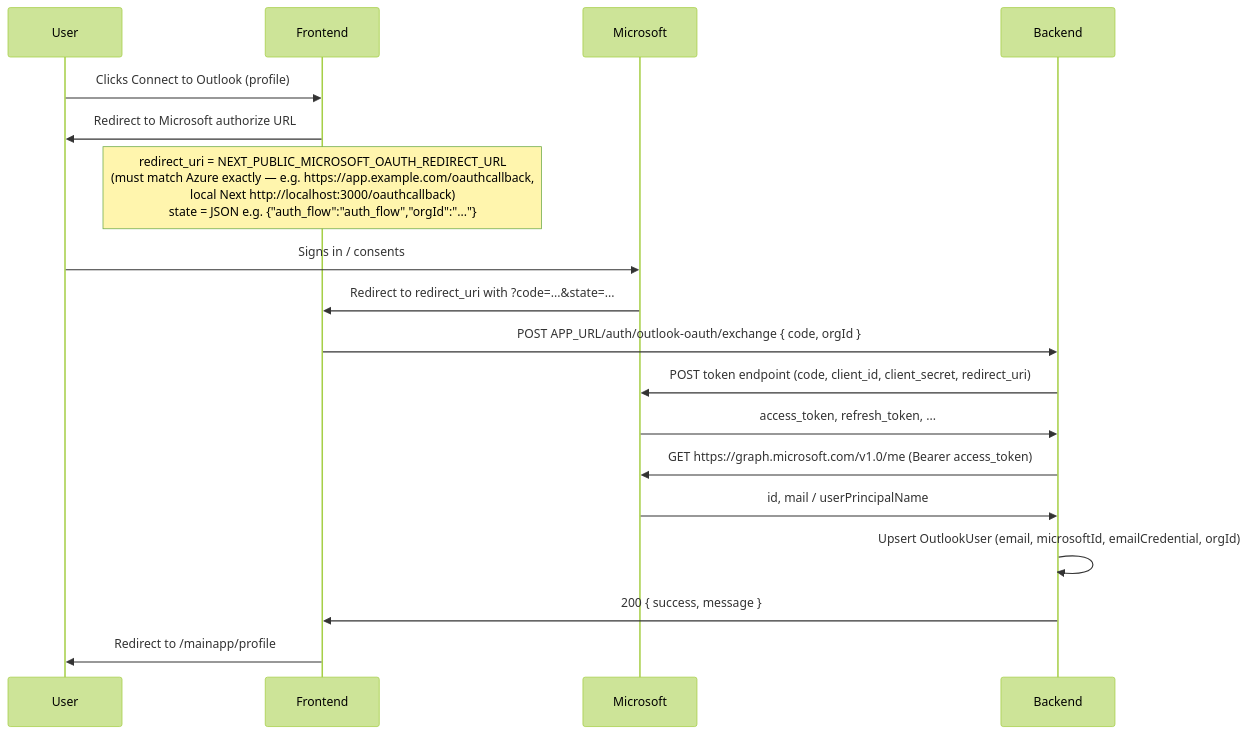
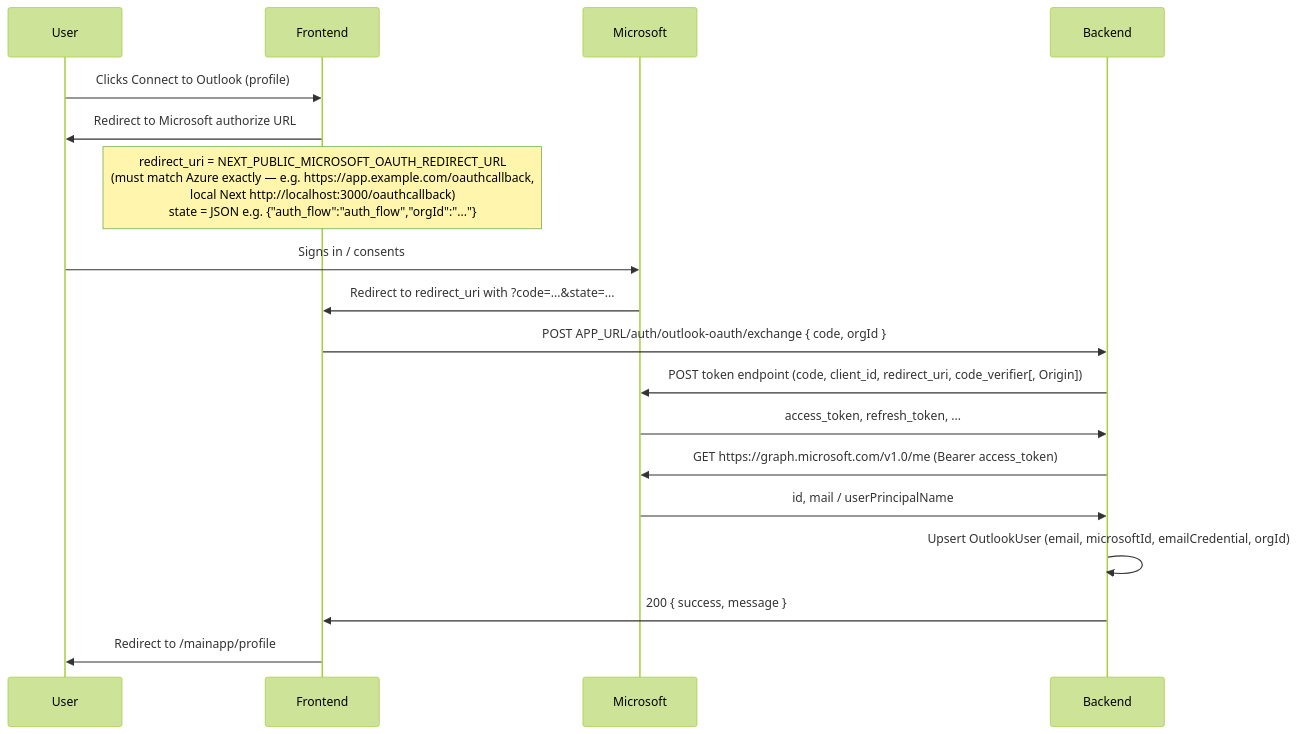
One commit to sabinss/ai-assistant-backend changed the diagram in docs/outlook-oauth-flow.md. Above: the diagram before and after it, drawn with Mermaid (forest theme). The commit also changed other lines of this file and 2 other files, not shown here.

````diff
--- a/docs/outlook-oauth-flow.md
+++ b/docs/outlook-oauth-flow.md
@@ -7,26 +7,26 @@
 ```mermaid
 sequenceDiagram
     participant User
     participant Frontend
     participant Microsoft
     participant Backend
 
     User->>Frontend: Clicks Connect to Outlook (profile)
     Frontend->>User: Redirect to Microsoft authorize URL
     Note over Frontend: redirect_uri = NEXT_PUBLIC_MICROSOFT_OAUTH_REDIRECT_URL<br/>(must match Azure exactly — e.g. https://app.example.com/oauthcallback,<br/>local Next http://localhost:3000/oauthcallback)<br/>state = JSON e.g. {"auth_flow":"auth_flow","orgId":"..."}
 
     User->>Microsoft: Signs in / consents
     Microsoft->>Frontend: Redirect to redirect_uri with ?code=...&state=...
 
     Frontend->>Backend: POST APP_URL/auth/outlook-oauth/exchange { code, orgId }
-    Backend->>Microsoft: POST token endpoint (code, client_id, client_secret, redirect_uri)
+    Backend->>Microsoft: POST token endpoint (code, client_id, redirect_uri, code_verifier[, Origin])
     Microsoft->>Backend: access_token, refresh_token, ...
 
     Backend->>Microsoft: GET https://graph.microsoft.com/v1.0/me (Bearer access_token)
     Microsoft->>Backend: id, mail / userPrincipalName
 
     Backend->>Backend: Upsert OutlookUser (email, microsoftId, emailCredential, orgId)
     Backend->>Frontend: 200 { success, message }
 
     Frontend->>User: Redirect to /mainapp/profile
 ```
````
